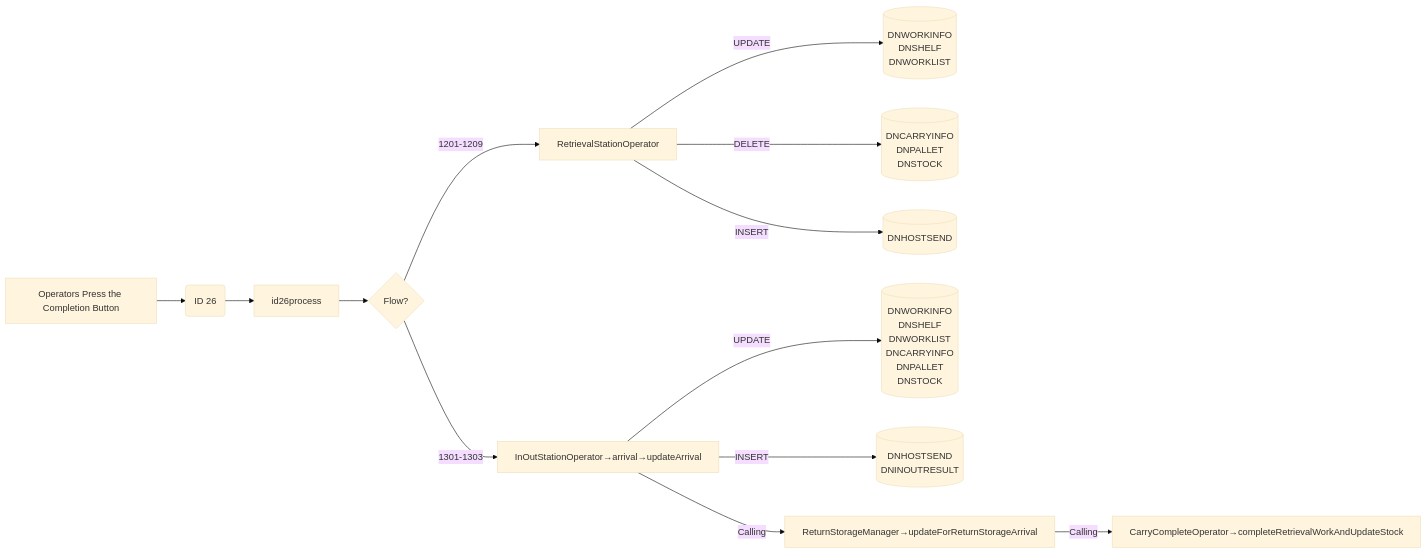
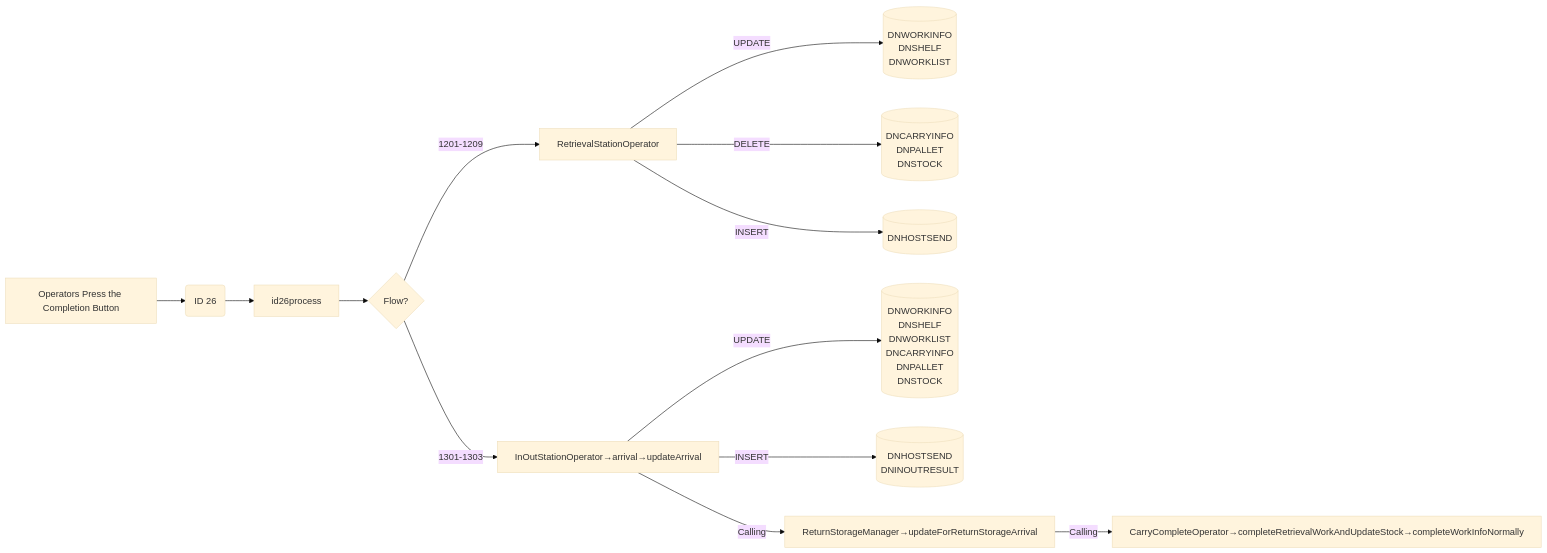
One commit to luthfiadityaa/SimeDarby-Wiki changed diagram 19 of 19 in Basic-Design/DFD-WMS/Retrieval/Specific-Location-Retrieval-Setting.md. Above: the diagram before and after it, drawn with Mermaid (base theme).

Commit message:
Updated Specific Location Retrieval Setting

```diff
--- a/Basic-Design/DFD-WMS/Retrieval/Specific-Location-Retrieval-Setting.md
+++ b/Basic-Design/DFD-WMS/Retrieval/Specific-Location-Retrieval-Setting.md
@@ -836,60 +836,60 @@
 ::: mermaid
 flowchart LR
 
 buttonclicked["
 Operators Press the Completion Button
 "]
 
 id26msg("
 ID 26
 ")
 
 
 id26-updateRt[("
 DNWORKINFO
 DNSHELF
 DNWORKLIST
 ")]
 
 id26-deleteRt[("
 DNCARRYINFO
 DNPALLET
 DNSTOCK
 ")]
 
 id26-insertRt[("
 DNHOSTSEND
 ")]
 
 id26-updateIo[("
 DNWORKINFO
 DNSHELF
 DNWORKLIST
 DNCARRYINFO
 DNPALLET
 DNSTOCK
 ")]
 
 id26-insertIo[("
 DNHOSTSEND
 DNINOUTRESULT
 ")]
 
 id26process[id26process]
 
 buttonclicked --> id26msg
 id26msg -->id26process-->Cond1{Flow?}
 
 RetrievalStationOperator--> |INSERT| id26-insertRt 
 RetrievalStationOperator--> |UPDATE| id26-updateRt 
 RetrievalStationOperator--> |DELETE| id26-deleteRt 
 
 Cond1{Flow?} --> |1201-1209| RetrievalStationOperator
 Cond1{Flow?} --> |1301-1303| P2[InOutStationOperator→arrival→updateArrival]
 
 P2 --> |Calling| P3[ReturnStorageManager→updateForReturnStorageArrival]
-P3 --> |Calling| P4[CarryCompleteOperator→completeRetrievalWorkAndUpdateStock]
+P3 --> |Calling| P4[CarryCompleteOperator→completeRetrievalWorkAndUpdateStock→completeWorkInfoNormally]
 P2 --> |INSERT| id26-insertIo
 P2 --> |UPDATE| id26-updateIo
 
 :::
```
